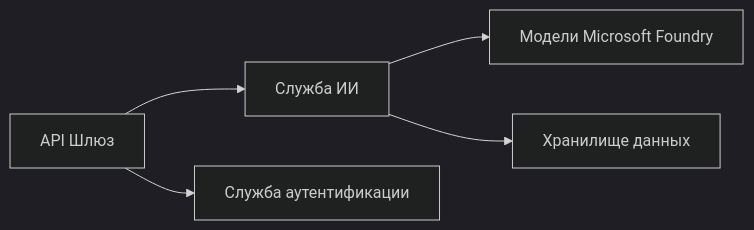
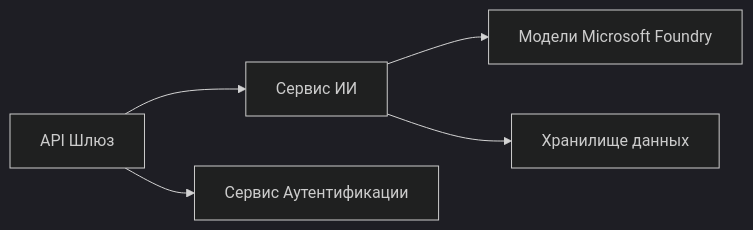
One commit to microsoft/AZD-for-beginners changed the first of 2 diagrams in translations/ru/docs/chapter-08-production/README.md. Above: the diagram before and after it, drawn with Mermaid (dark theme). The commit also changed other lines of this file and 104 other files, not shown here.

````diff
--- a/translations/ru/docs/chapter-08-production/README.md
+++ b/translations/ru/docs/chapter-08-production/README.md
@@ -48,6 +48,6 @@
 ```mermaid
 graph LR
-    Gateway[API Шлюз] --> AI[Служба ИИ] --> Models[Модели Microsoft Foundry]
-    Gateway --> Auth[Служба аутентификации]
+    Gateway[API Шлюз] --> AI[Сервис ИИ] --> Models[Модели Microsoft Foundry]
+    Gateway --> Auth[Сервис Аутентификации]
     AI --> Data[Хранилище данных]
 ```
````
